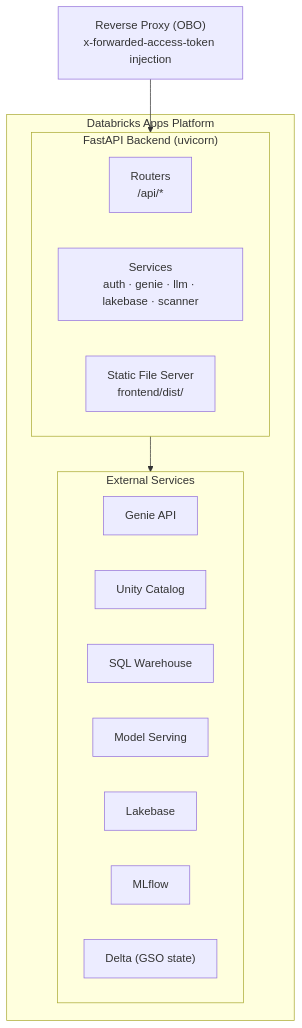
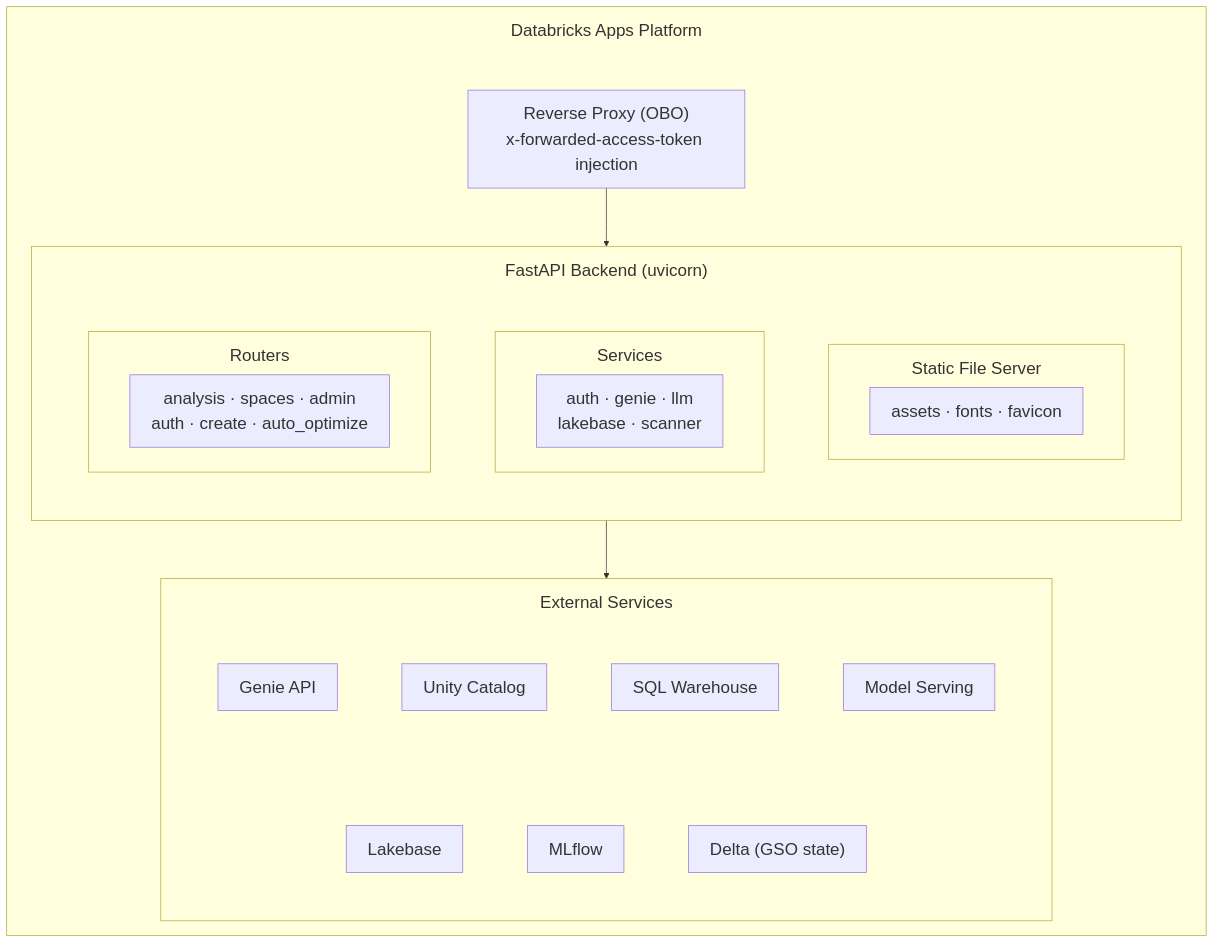
Before and after one commit to adgitdemo/databricks-genie-workbench: the diagram in docs/site/docs/getting-started/architecture-overview.md, drawn with Mermaid. The commit also changed 8 other files, not shown here.

First line of the commit message:
docs(site): expand Auto-Optimize docs, document the docs site, and enhance diagrams

````diff
--- a/docs/site/docs/getting-started/architecture-overview.md
+++ b/docs/site/docs/getting-started/architecture-overview.md
@@ -12,22 +12,50 @@
 ```mermaid
+%%{init: {'flowchart': {'wrappingWidth': 330, 'rankSpacing': 16, 'subGraphTitleMargin': {'top': 16, 'bottom': 10}}, 'themeVariables': {'fontSize': '24px'}}}%%
 flowchart TB
-    proxy["Reverse Proxy (OBO)<br/>x-forwarded-access-token injection"]
     subgraph platform["Databricks Apps Platform"]
+        direction TB
+        pTop[" "]
+        proxy["Reverse Proxy (OBO)<br/>x-forwarded-access-token injection"]
         subgraph backend["FastAPI Backend (uvicorn)"]
-            routers["Routers<br/>/api/*"]
-            services["Services<br/>auth · genie · llm · lakebase · scanner"]
-            static["Static File Server<br/>frontend/dist/"]
+            direction TB
+            subgraph bRow[" "]
+                direction LR
+                subgraph bRouters["Routers"]
+                    rContent["analysis · spaces · admin<br/>auth · create · auto_optimize"]
+                end
+                subgraph bServices["Services"]
+                    sContent["auth · genie · llm<br/>lakebase · scanner"]
+                end
+                subgraph bStatic["Static File Server"]
+                    stContent["assets · fonts · favicon"]
+                end
+                bRouters ~~~ bServices ~~~ bStatic
+            end
         end
         subgraph ext["External Services"]
-            genie["Genie API"]
-            uc["Unity Catalog"]
-            wh["SQL Warehouse"]
-            ms["Model Serving"]
-            lb["Lakebase"]
-            mlflow["MLflow"]
-            delta["Delta (GSO state)"]
+            direction TB
+            subgraph eRow1[" "]
+                direction LR
+                genie["Genie API"] ~~~ uc["Unity Catalog"] ~~~ wh["SQL Warehouse"] ~~~ ms["Model Serving"]
+            end
+            subgraph eRow2[" "]
+                direction LR
+                lb["Lakebase"] ~~~ mlflow["MLflow"] ~~~ delta["Delta (GSO state)"]
+            end
+            eRow1 ~~~ eRow2
         end
+        pTop ~~~ proxy
+        proxy ---> backend
+        backend ---> ext
     end
-    proxy --> backend
-    backend --> ext
+
+    style bRow fill:none,stroke:none
+    style pTop fill:none,stroke:none
+    style eRow1 fill:none,stroke:none
+    style eRow2 fill:none,stroke:none
+
+    class platform gw-l0
+    class backend,ext gw-l1
+    class bRouters,bServices,bStatic gw-l2
+    class proxy,rContent,sContent,stContent,genie,uc,wh,ms,lb,mlflow,delta gw-node
 ```
````
